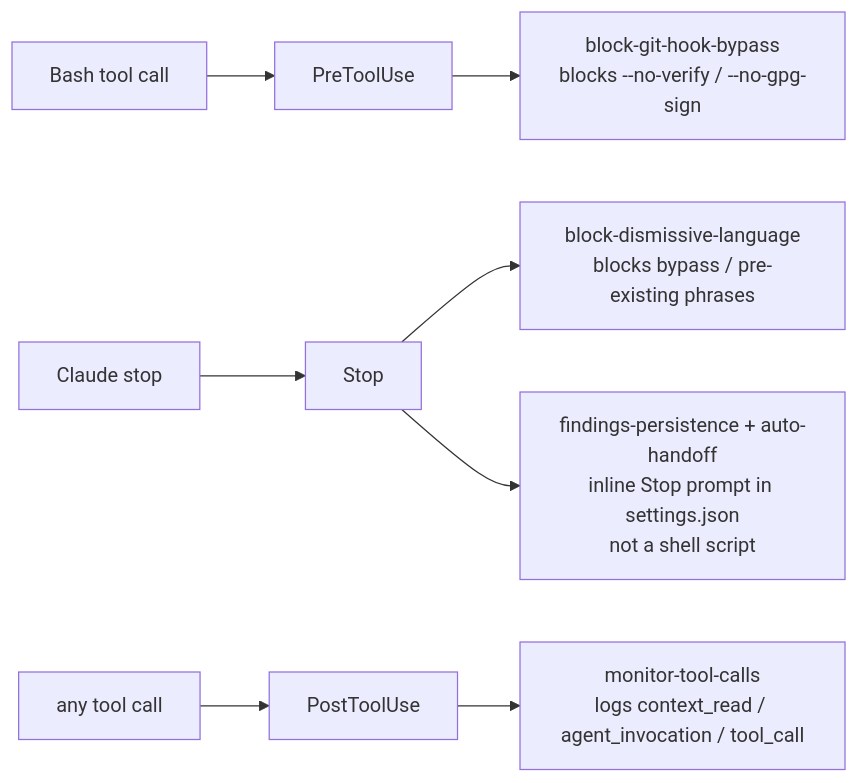
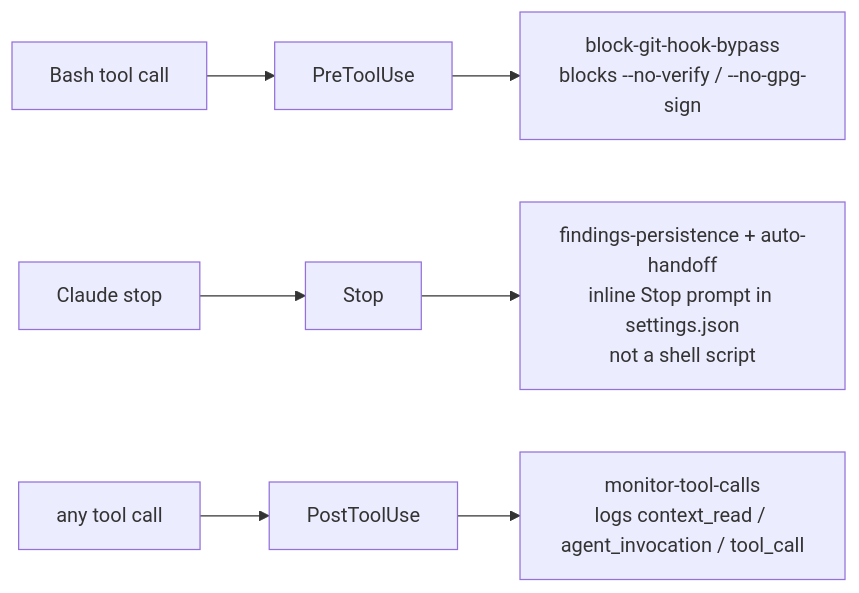
One commit to AlarQ/SDD-hub changed diagram 14 of 14 in docs/workflow-diagram.md. Above: the diagram before and after it, drawn with Mermaid. The commit also changed 7 other files, not shown here.

````diff
--- a/docs/workflow-diagram.md
+++ b/docs/workflow-diagram.md
@@ -439,11 +439,10 @@
 ```mermaid
 graph LR
     TOOL[Bash tool call] --> PRE[PreToolUse]
     STOP_EVT[Claude stop] --> STOPH[Stop]
     POST_EVT[any tool call] --> POST[PostToolUse]
 
     PRE --> H1[block-git-hook-bypass<br/>blocks --no-verify / --no-gpg-sign]
-    STOPH --> H2[block-dismissive-language<br/>blocks bypass / pre-existing phrases]
     STOPH --> H3[findings-persistence + auto-handoff<br/>inline Stop prompt in settings.json<br/>not a shell script]
     POST --> H4[monitor-tool-calls<br/>logs context_read / agent_invocation / tool_call]
 ```
````
